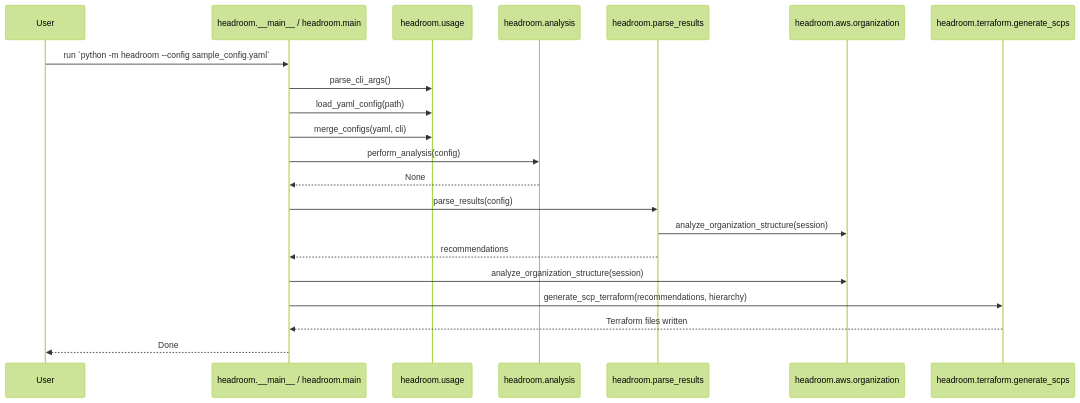
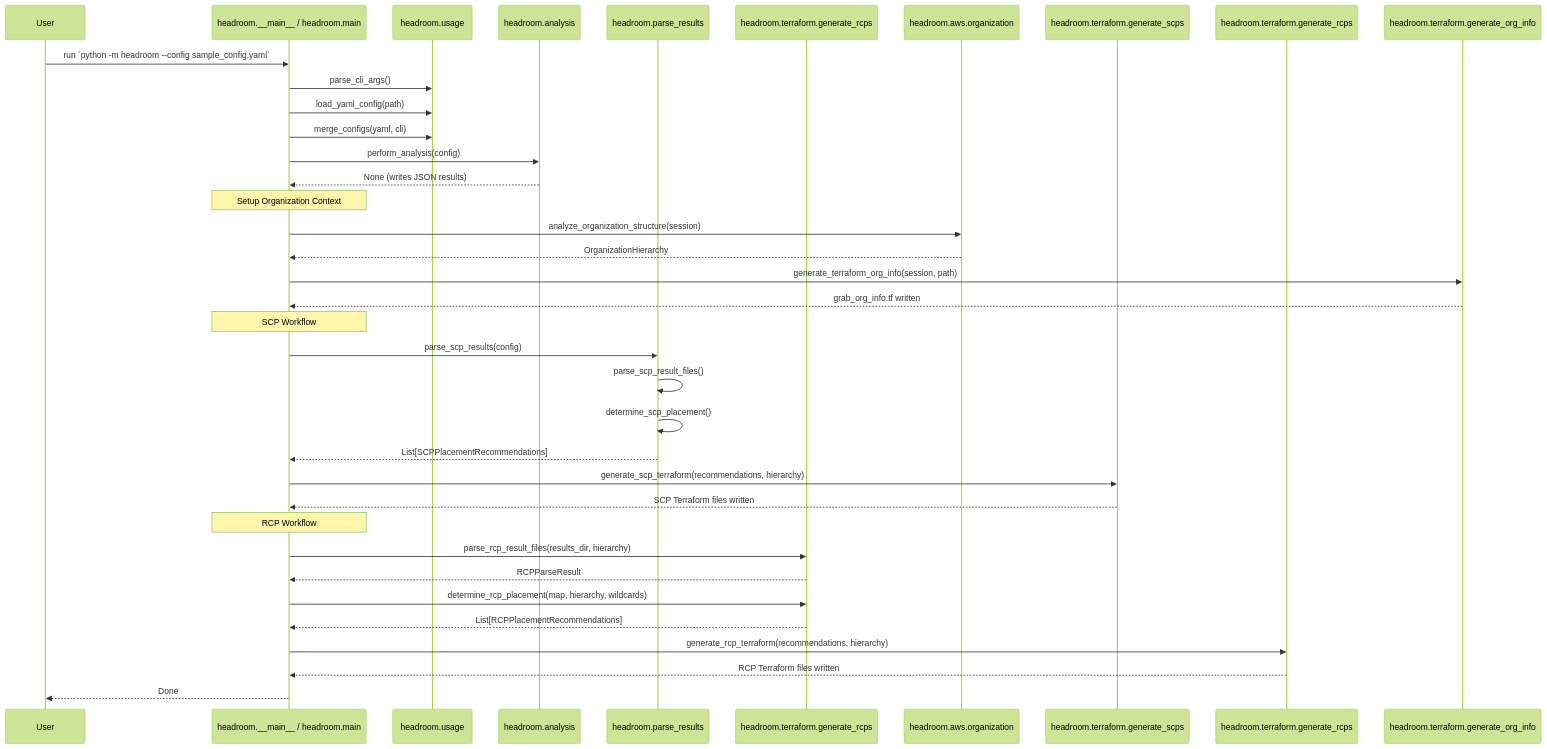
The first of 4 diagrams in documentation/sequences.md (discocrayon/Headroom), drawn with Mermaid (forest theme) before and after one commit. The commit also changed other lines of this file and 5 other files, not shown here.

````diff
--- a/documentation/sequences.md
+++ b/documentation/sequences.md
@@ -4,24 +4,44 @@
 ```mermaid
 sequenceDiagram
   participant User
   participant CLI as headroom.__main__ / headroom.main
   participant Usage as headroom.usage
   participant Analysis as headroom.analysis
-  participant Results as headroom.parse_results
+  participant ParseSCP as headroom.parse_results
+  participant ParseRCP as headroom.terraform.generate_rcps
   participant Org as headroom.aws.organization
-  participant TF as headroom.terraform.generate_scps
+  participant TFSCP as headroom.terraform.generate_scps
+  participant TFRCP as headroom.terraform.generate_rcps
+  participant TFOrg as headroom.terraform.generate_org_info
 
   User->>CLI: run `python -m headroom --config sample_config.yaml`
   CLI->>Usage: parse_cli_args()
   CLI->>Usage: load_yaml_config(path)
   CLI->>Usage: merge_configs(yaml, cli)
   CLI->>Analysis: perform_analysis(config)
-  Analysis-->>CLI: None
-  CLI->>Results: parse_results(config)
-  Results->>Org: analyze_organization_structure(session)
-  Results-->>CLI: recommendations
+  Analysis-->>CLI: None (writes JSON results)
+
+  Note over CLI: Setup Organization Context
   CLI->>Org: analyze_organization_structure(session)
-  CLI->>TF: generate_scp_terraform(recommendations, hierarchy)
-  TF-->>CLI: Terraform files written
+  Org-->>CLI: OrganizationHierarchy
+  CLI->>TFOrg: generate_terraform_org_info(session, path)
+  TFOrg-->>CLI: grab_org_info.tf written
+
+  Note over CLI: SCP Workflow
+  CLI->>ParseSCP: parse_scp_results(config)
+  ParseSCP->>ParseSCP: parse_scp_result_files()
+  ParseSCP->>ParseSCP: determine_scp_placement()
+  ParseSCP-->>CLI: List[SCPPlacementRecommendations]
+  CLI->>TFSCP: generate_scp_terraform(recommendations, hierarchy)
+  TFSCP-->>CLI: SCP Terraform files written
+
+  Note over CLI: RCP Workflow
+  CLI->>ParseRCP: parse_rcp_result_files(results_dir, hierarchy)
+  ParseRCP-->>CLI: RCPParseResult
+  CLI->>ParseRCP: determine_rcp_placement(map, hierarchy, wildcards)
+  ParseRCP-->>CLI: List[RCPPlacementRecommendations]
+  CLI->>TFRCP: generate_rcp_terraform(recommendations, hierarchy)
+  TFRCP-->>CLI: RCP Terraform files written
+
   CLI-->>User: Done
 ```
````
